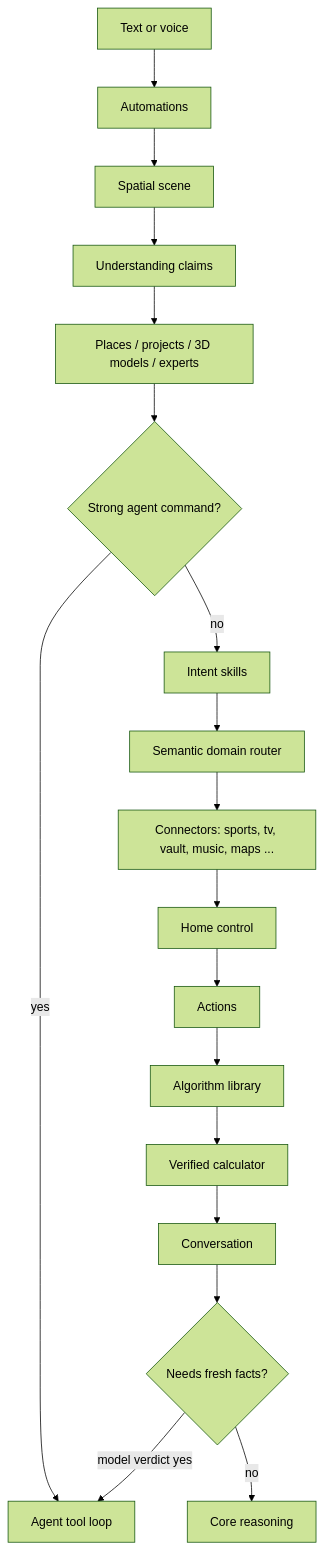
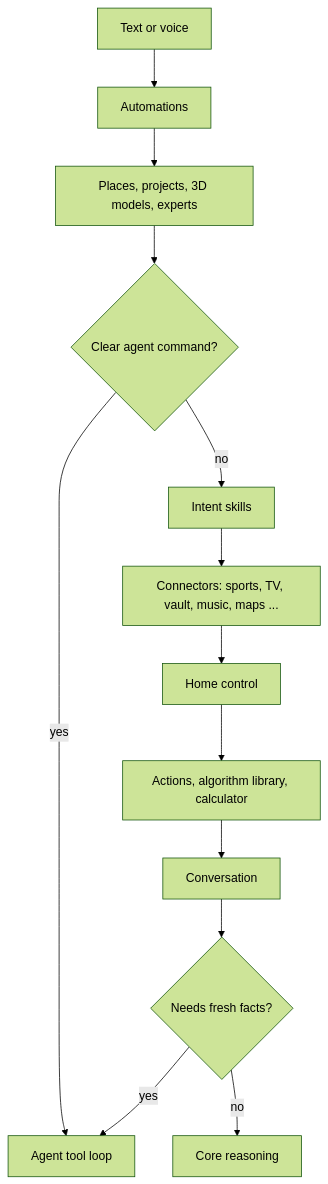
The second of 2 diagrams in README.md (AprileNunzio/Nuxiva), drawn with Mermaid (forest theme) before and after one commit. The commit also changed other lines of this file, not shown here.

````diff
--- a/README.md
+++ b/README.md
@@ -246,20 +150,15 @@
 ```mermaid
 flowchart TD
     T[Text or voice] --> A1[Automations]
-    A1 --> A2[Spatial scene]
-    A2 --> A3[Understanding claims]
-    A3 --> A4[Places / projects / 3D models / experts]
-    A4 --> A5{Strong agent command?}
-    A5 -- yes --> AG[Agent tool loop]
-    A5 -- no --> A6[Intent skills]
-    A6 --> A7[Semantic domain router]
-    A7 --> A8[Connectors: sports, tv, vault, music, maps ...]
-    A8 --> A9[Home control]
-    A9 --> A10[Actions]
-    A10 --> A11[Algorithm library]
-    A11 --> A12[Verified calculator]
-    A12 --> CV[Conversation]
+    A1 --> A2[Places, projects, 3D models, experts]
+    A2 --> A3{Clear agent command?}
+    A3 -- yes --> AG[Agent tool loop]
+    A3 -- no --> A4[Intent skills]
+    A4 --> A5[Connectors: sports, TV, vault, music, maps ...]
+    A5 --> A6[Home control]
+    A6 --> A7[Actions, algorithm library, calculator]
+    A7 --> CV[Conversation]
     CV --> G{Needs fresh facts?}
-    G -- model verdict yes --> AG
+    G -- yes --> AG
     G -- no --> CORE[Core reasoning]
 ```
````
